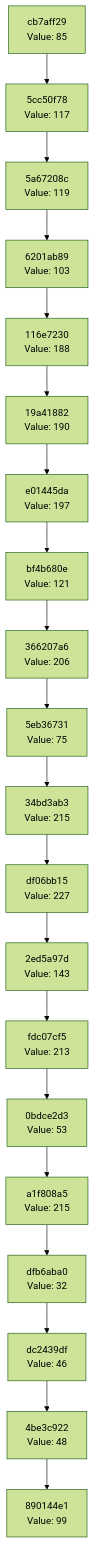
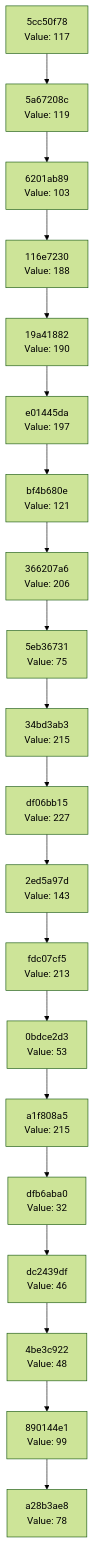
The diagram in docs/CHAIN_VISUALIZATION.md (Abhisheksinha1506/hash-chain-evolver), drawn with Mermaid (forest theme) before and after one commit. The commit also changed 3 other files, not shown here.

````diff
--- a/docs/CHAIN_VISUALIZATION.md
+++ b/docs/CHAIN_VISUALIZATION.md
@@ -3,42 +3,42 @@
 ```mermaid
 graph TD
-    C0["890144e1<br/>Value: 99"]
-    C1["4be3c922<br/>Value: 48"]
+    C0["a28b3ae8<br/>Value: 78"]
+    C1["890144e1<br/>Value: 99"]
     C1 --> C0
-    C2["dc2439df<br/>Value: 46"]
+    C2["4be3c922<br/>Value: 48"]
     C2 --> C1
-    C3["dfb6aba0<br/>Value: 32"]
+    C3["dc2439df<br/>Value: 46"]
     C3 --> C2
-    C4["a1f808a5<br/>Value: 215"]
+    C4["dfb6aba0<br/>Value: 32"]
     C4 --> C3
-    C5["0bdce2d3<br/>Value: 53"]
+    C5["a1f808a5<br/>Value: 215"]
     C5 --> C4
-    C6["fdc07cf5<br/>Value: 213"]
+    C6["0bdce2d3<br/>Value: 53"]
     C6 --> C5
-    C7["2ed5a97d<br/>Value: 143"]
+    C7["fdc07cf5<br/>Value: 213"]
     C7 --> C6
-    C8["df06bb15<br/>Value: 227"]
+    C8["2ed5a97d<br/>Value: 143"]
     C8 --> C7
-    C9["34bd3ab3<br/>Value: 215"]
+    C9["df06bb15<br/>Value: 227"]
     C9 --> C8
-    C10["5eb36731<br/>Value: 75"]
+    C10["34bd3ab3<br/>Value: 215"]
     C10 --> C9
-    C11["366207a6<br/>Value: 206"]
+    C11["5eb36731<br/>Value: 75"]
     C11 --> C10
-    C12["bf4b680e<br/>Value: 121"]
+    C12["366207a6<br/>Value: 206"]
     C12 --> C11
-    C13["e01445da<br/>Value: 197"]
+    C13["bf4b680e<br/>Value: 121"]
     C13 --> C12
-    C14["19a41882<br/>Value: 190"]
+    C14["e01445da<br/>Value: 197"]
     C14 --> C13
-    C15["116e7230<br/>Value: 188"]
+    C15["19a41882<br/>Value: 190"]
     C15 --> C14
-    C16["6201ab89<br/>Value: 103"]
+    C16["116e7230<br/>Value: 188"]
     C16 --> C15
-    C17["5a67208c<br/>Value: 119"]
+    C17["6201ab89<br/>Value: 103"]
     C17 --> C16
-    C18["5cc50f78<br/>Value: 117"]
+    C18["5a67208c<br/>Value: 119"]
     C18 --> C17
-    C19["cb7aff29<br/>Value: 85"]
+    C19["5cc50f78<br/>Value: 117"]
     C19 --> C18
 ```
````
